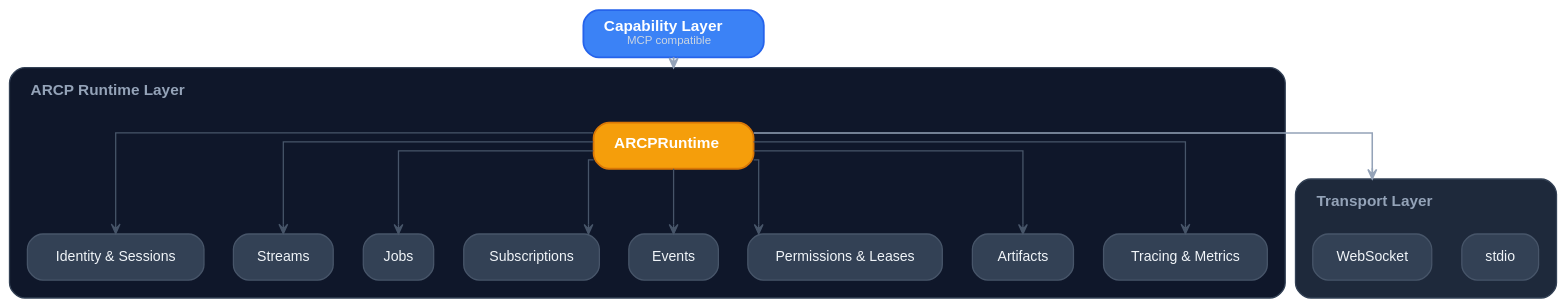
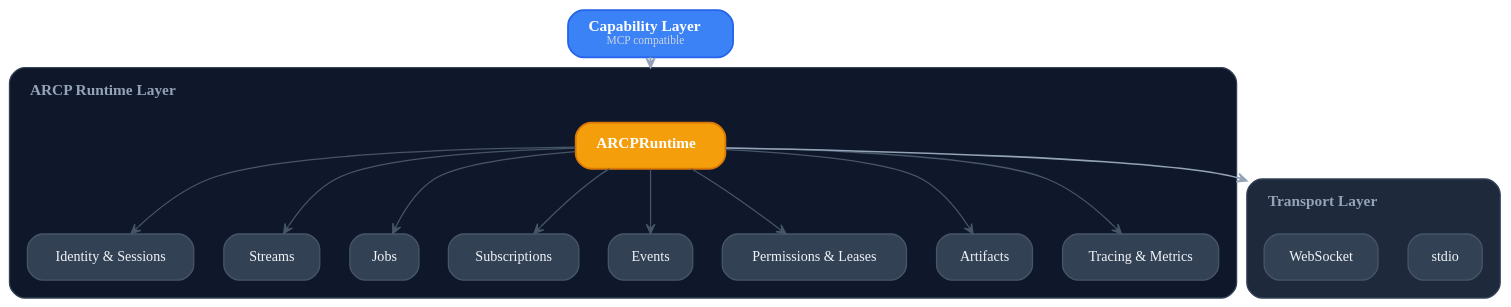
Before and after one commit to agentruntimecontrolprotocol/php-sdk: the diagram in docs/diagrams/architecture-dark.dot, drawn with Graphviz. The commit also changed 3 other files, not shown here.

First line of the commit message:
Harmonize Graphviz diagrams with the ARCP design system

```diff
--- a/docs/diagrams/architecture-dark.dot
+++ b/docs/diagrams/architecture-dark.dot
@@ -1,66 +1,66 @@
 // ARCP PHP SDK architecture stack (dark)
 digraph PhpSdkArchitecture {
-  rankdir=TB; bgcolor="transparent"; compound=true; fontname="Helvetica";
-  splines=ortho; nodesep=0.32; ranksep=0.45; pad="0.35,0.25";
+  rankdir=TB; bgcolor="transparent"; compound=true; fontname="TT Commons Pro Trial";
+  splines=spline; nodesep=0.32; ranksep=0.45; pad="0.35,0.25";
 
   node [shape=box, style="rounded,filled", fillcolor="#334155", color="#475569",
-        fontname="Helvetica", fontsize=11, fontcolor="#F1F5F9",
+        fontname="TT Commons Pro Trial", fontsize=11, fontcolor="#F1F5F9",
         margin="0.22,0.11", penwidth=1.0];
-  edge [fontname="Helvetica", fontsize=9, fontcolor="#94A3B8", color="#64748B",
+  edge [fontname="TT Commons Pro Trial", fontsize=9, fontcolor="#94A3B8", color="#64748B",
         penwidth=1.1, arrowsize=0.75, arrowhead=vee];
 
   Capability [
     label=<<FONT POINT-SIZE="12"><B>Capability Layer</B></FONT><BR/><FONT POINT-SIZE="9" COLOR="#CBD5E1">MCP compatible</FONT>>,
     fillcolor="#3B82F6", color="#2563EB", fontcolor="white", penwidth=1.4
   ];
 
   subgraph cluster_runtime {
     label=<<TABLE BORDER="0" CELLBORDER="0" CELLPADDING="0" CELLSPACING="0"><TR><TD COLSPAN="3" HEIGHT="8"></TD></TR><TR><TD WIDTH="8"></TD><TD><FONT POINT-SIZE="12"><B>ARCP Runtime Layer</B></FONT></TD><TD WIDTH="8"></TD></TR></TABLE>>;
     style="rounded,filled";
     fillcolor="#0F172A"; color="#334155";
-    fontname="Helvetica"; fontcolor="#94A3B8";
+    fontname="TT Commons Pro Trial"; fontcolor="#94A3B8";
     margin=14; labeljust=l; penwidth=1.0;
 
     Runtime [
       label=<<FONT POINT-SIZE="12"><B>ARCPRuntime</B></FONT>>,
       fillcolor="#F59E0B", color="#D97706", fontcolor="white", penwidth=1.4
     ];
 
     Identity      [label="Identity & Sessions"];
     Streams       [label="Streams"];
     Jobs          [label="Jobs"];
     Subscriptions [label="Subscriptions"];
     Events        [label="Events"];
     Permissions   [label="Permissions & Leases"];
     Artifacts     [label="Artifacts"];
     Tracing       [label="Tracing & Metrics"];
   }
 
   subgraph cluster_transport {
     label=<<TABLE BORDER="0" CELLBORDER="0" CELLPADDING="0" CELLSPACING="0"><TR><TD COLSPAN="3" HEIGHT="8"></TD></TR><TR><TD WIDTH="8"></TD><TD><FONT POINT-SIZE="12"><B>Transport Layer</B></FONT></TD><TD WIDTH="8"></TD></TR></TABLE>>;
     style="rounded,filled";
     fillcolor="#1E293B"; color="#334155";
-    fontname="Helvetica"; fontcolor="#94A3B8";
+    fontname="TT Commons Pro Trial"; fontcolor="#94A3B8";
     margin=14; labeljust=l; penwidth=1.0;
 
     Ws    [label="WebSocket"];
     Stdio [label="stdio"];
 
     Ws -> Stdio [style=invis];
     { rank=same; Ws; Stdio; }
   }
 
   edge [color="#94A3B8", penwidth=1.2];
   Capability -> Runtime [lhead=cluster_runtime];
   Runtime    -> Ws      [lhead=cluster_transport];
 
   edge [color="#475569", penwidth=1.0];
   Runtime -> Identity;
   Runtime -> Streams;
   Runtime -> Jobs;
   Runtime -> Subscriptions;
   Runtime -> Events;
   Runtime -> Permissions;
   Runtime -> Artifacts;
   Runtime -> Tracing;
 }
```
